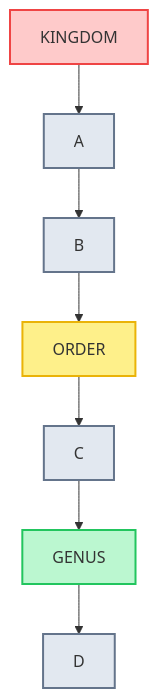
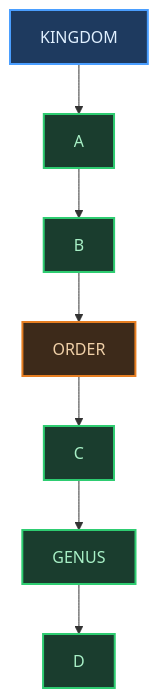
One commit to fsr-science/NoteBooks-Science-Legacy changed the diagram in AI-NOTES/BIOLOGY/BIOLOGY01-THE_LIVING_WORLD/BIOLOGY01-THE_LIVING_WORLD-PQs.md. Above: the diagram before and after it, drawn with Mermaid. The commit also changed other lines of this file and 3 other files, not shown here.

````diff
--- a/AI-NOTES/BIOLOGY/BIOLOGY01-THE_LIVING_WORLD/BIOLOGY01-THE_LIVING_WORLD-PQs.md
+++ b/AI-NOTES/BIOLOGY/BIOLOGY01-THE_LIVING_WORLD/BIOLOGY01-THE_LIVING_WORLD-PQs.md
@@ -14,17 +15,17 @@
 ```mermaid
 flowchart TD
     K[KINGDOM] --> A[ A ]
     A --> B[ B ]
     B --> Ord[ORDER]
     Ord --> C[ C ]
     C --> Gen[GENUS]
     Gen --> D[ D ]
 
-    style K fill:#fecaca,stroke:#ef4444,stroke-width:2px
-    style A fill:#e2e8f0,stroke:#64748b,stroke-width:2px
-    style B fill:#e2e8f0,stroke:#64748b,stroke-width:2px
-    style C fill:#e2e8f0,stroke:#64748b,stroke-width:2px
-    style D fill:#e2e8f0,stroke:#64748b,stroke-width:2px
-    style Ord fill:#fef08a,stroke:#eab308,stroke-width:2px
-    style Gen fill:#bbf7d0,stroke:#22c55e,stroke-width:2px
+    style K fill:#1e3a5f,color:#e0f0ff,stroke:#4a9eff,stroke-width:2px
+    style A fill:#1a3d2e,color:#a8f0c6,stroke:#2ecc71,stroke-width:2px
+    style B fill:#1a3d2e,color:#a8f0c6,stroke:#2ecc71,stroke-width:2px
+    style C fill:#1a3d2e,color:#a8f0c6,stroke:#2ecc71,stroke-width:2px
+    style D fill:#1a3d2e,color:#a8f0c6,stroke:#2ecc71,stroke-width:2px
+    style Ord fill:#3d2a1a,color:#f0d0a8,stroke:#e67e22,stroke-width:2px
+    style Gen fill:#1a3d2e,color:#a8f0c6,stroke:#2ecc71,stroke-width:2px
 ```
````
